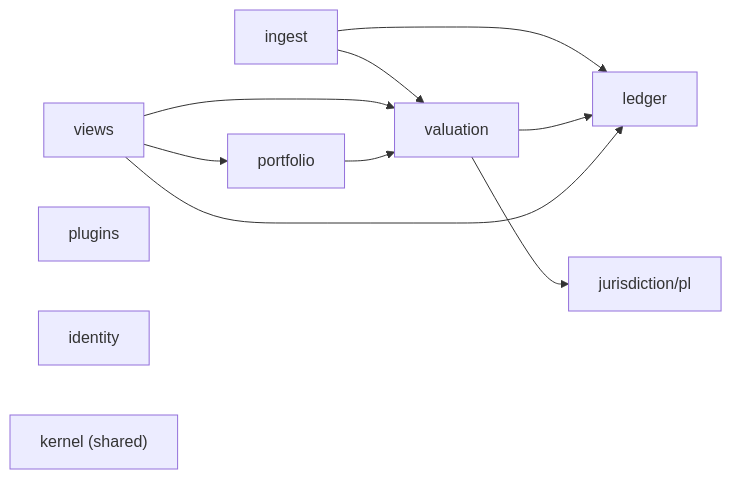
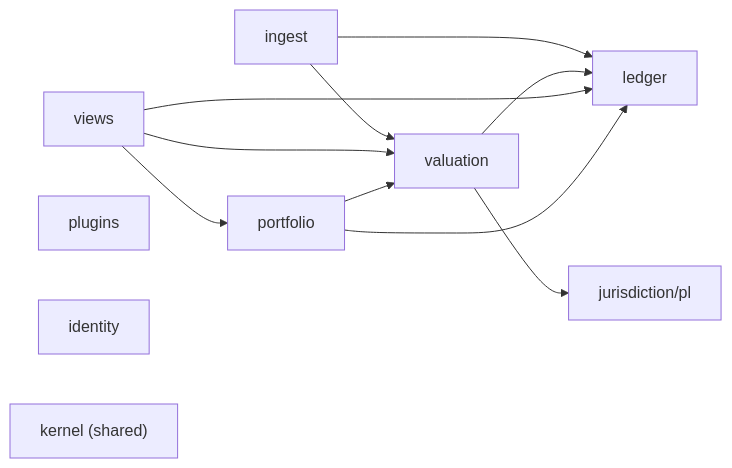
One commit to arkadiuss/openfief changed the seventh of 8 diagrams in docs/architecture.md. Above: the diagram before and after it, drawn with Mermaid. The commit also changed other lines of this file and 292 other files, not shown here.

````diff
--- a/docs/architecture.md
+++ b/docs/architecture.md
@@ -194,14 +194,15 @@
 ```mermaid
 flowchart LR
   ingest --> ledger
   ingest --> valuation
   valuation --> ledger
   valuation --> pl["jurisdiction/pl"]
   views --> ledger
   views --> valuation
   views --> portfolio
+  portfolio --> ledger
   portfolio --> valuation
   plugins
   identity
   kernel["kernel (shared)"]
 ```
````
